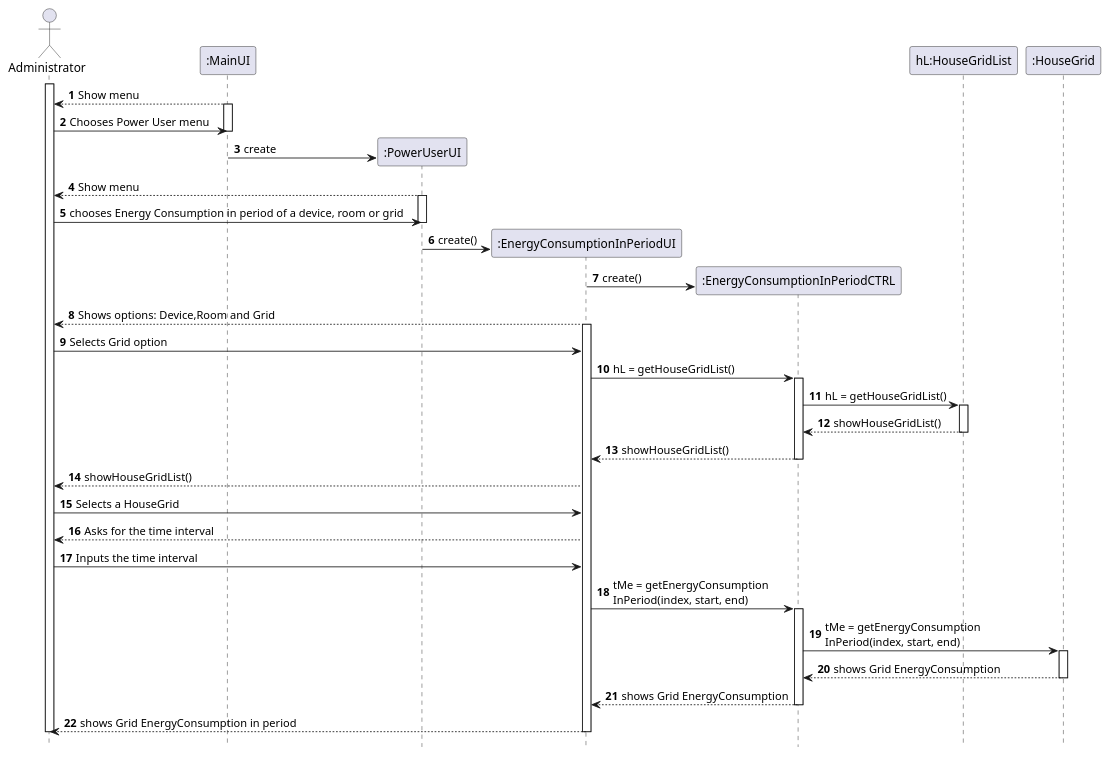
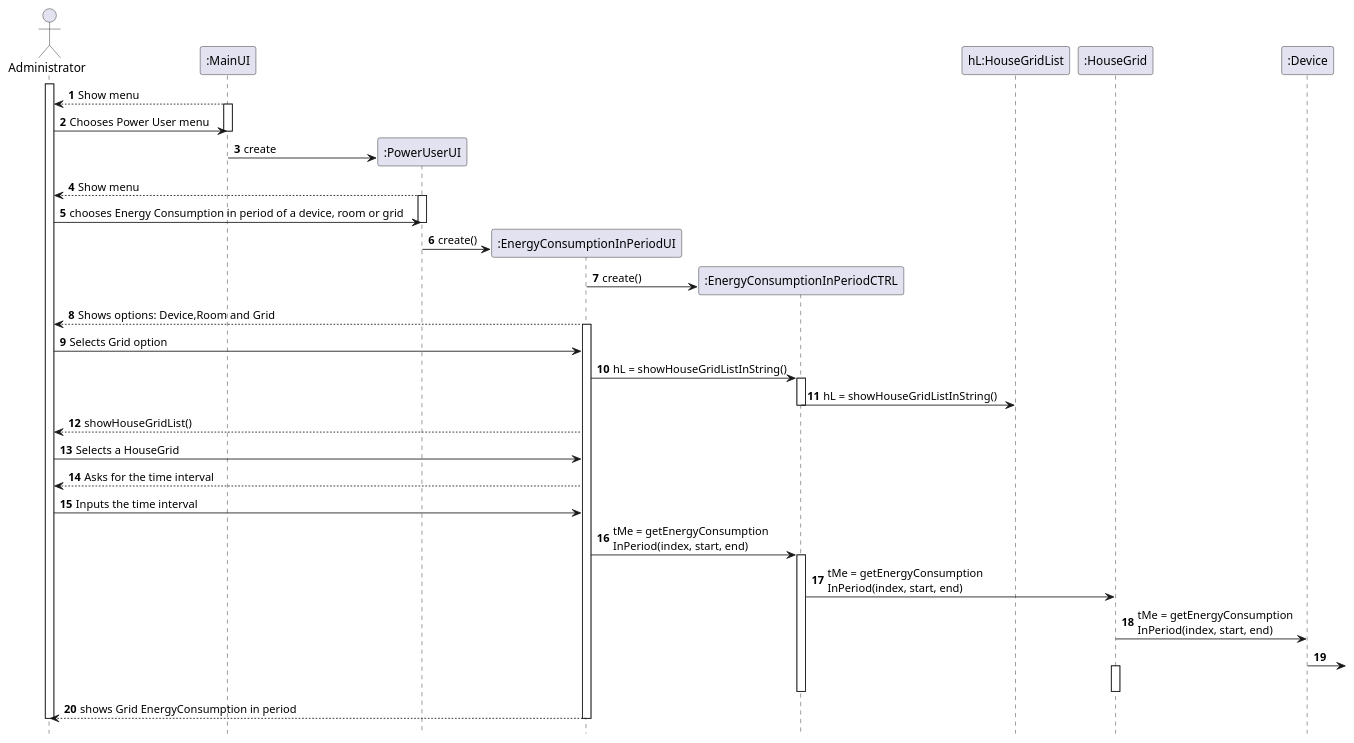
Before and after one commit to emanuel-pereira/hou: the diagram in src/main/java/smarthome/uml/sequencediagrams/EnergyConsumptionOfGridInPeriod.puml, drawn with PlantUML. The commit also changed 1 other file, not shown here.

```diff
--- a/src/main/java/smarthome/uml/sequencediagrams/EnergyConsumptionOfGridInPeriod.puml
+++ b/src/main/java/smarthome/uml/sequencediagrams/EnergyConsumptionOfGridInPeriod.puml
@@ -1,51 +1,47 @@
 @startuml
  autonumber
  hidefootbox
  actor Administrator
 
 
  Activate Administrator
  Administrator <-- ":MainUI" : Show menu
  Activate ":MainUI"
  Administrator -> ":MainUI": Chooses Power User menu
  Deactivate ":MainUI"
  create ":PowerUserUI"
  ":MainUI" ->":PowerUserUI": create
  Administrator <-- ":PowerUserUI": Show menu
  Activate ":PowerUserUI"
  Administrator->":PowerUserUI": chooses Energy Consumption in period of a device, room or grid
  Deactivate ":PowerUserUI"
  create ":EnergyConsumptionInPeriodUI"
  ":PowerUserUI"->":EnergyConsumptionInPeriodUI": create()
  create ":EnergyConsumptionInPeriodCTRL"
   ":EnergyConsumptionInPeriodUI" -> ":EnergyConsumptionInPeriodCTRL": create()
 
  Administrator <-- ":EnergyConsumptionInPeriodUI": Shows options: Device,Room and Grid
  Activate ":EnergyConsumptionInPeriodUI"
  Administrator -> ":EnergyConsumptionInPeriodUI": Selects Grid option
 
- ":EnergyConsumptionInPeriodUI" -> ":EnergyConsumptionInPeriodCTRL": hL = getHouseGridList()
+ ":EnergyConsumptionInPeriodUI" -> ":EnergyConsumptionInPeriodCTRL": hL = showHouseGridListInString()
  Activate ":EnergyConsumptionInPeriodCTRL"
- ":EnergyConsumptionInPeriodCTRL" -> "hL:HouseGridList": hL = getHouseGridList()
- Activate "hL:HouseGridList"
- ":EnergyConsumptionInPeriodCTRL"<--"hL:HouseGridList":showHouseGridList()
- Deactivate "hL:HouseGridList"
- ":EnergyConsumptionInPeriodUI"<--":EnergyConsumptionInPeriodCTRL":showHouseGridList()
+ ":EnergyConsumptionInPeriodCTRL" -> "hL:HouseGridList": hL = showHouseGridListInString()
   Deactivate ":EnergyConsumptionInPeriodCTRL"
  Administrator <-- ":EnergyConsumptionInPeriodUI": showHouseGridList()
  Administrator -> ":EnergyConsumptionInPeriodUI": Selects a HouseGrid
  Administrator <-- ":EnergyConsumptionInPeriodUI": Asks for the time interval
  Administrator -> ":EnergyConsumptionInPeriodUI": Inputs the time interval
  ":EnergyConsumptionInPeriodUI" -> ":EnergyConsumptionInPeriodCTRL": tMe = getEnergyConsumption\nInPeriod(index, start, end)
   Activate ":EnergyConsumptionInPeriodCTRL"
 
  ":EnergyConsumptionInPeriodCTRL" -> ":HouseGrid": tMe = getEnergyConsumption\nInPeriod(index, start, end)
+  ":HouseGrid" -> ":Device": tMe = getEnergyConsumption\nInPeriod(index, start, end)
+ ":Device"->
  Activate  ":HouseGrid"
- ":EnergyConsumptionInPeriodCTRL" <-- ":HouseGrid": shows Grid EnergyConsumption
  Deactivate  ":HouseGrid"
- ":EnergyConsumptionInPeriodUI" <-- ":EnergyConsumptionInPeriodCTRL": shows Grid EnergyConsumption
  Deactivate  ":EnergyConsumptionInPeriodCTRL"
  Administrator <-- ":EnergyConsumptionInPeriodUI" : shows Grid EnergyConsumption in period
  Deactivate  ":EnergyConsumptionInPeriodUI"
  Deactivate Administrator
  @enduml
```
